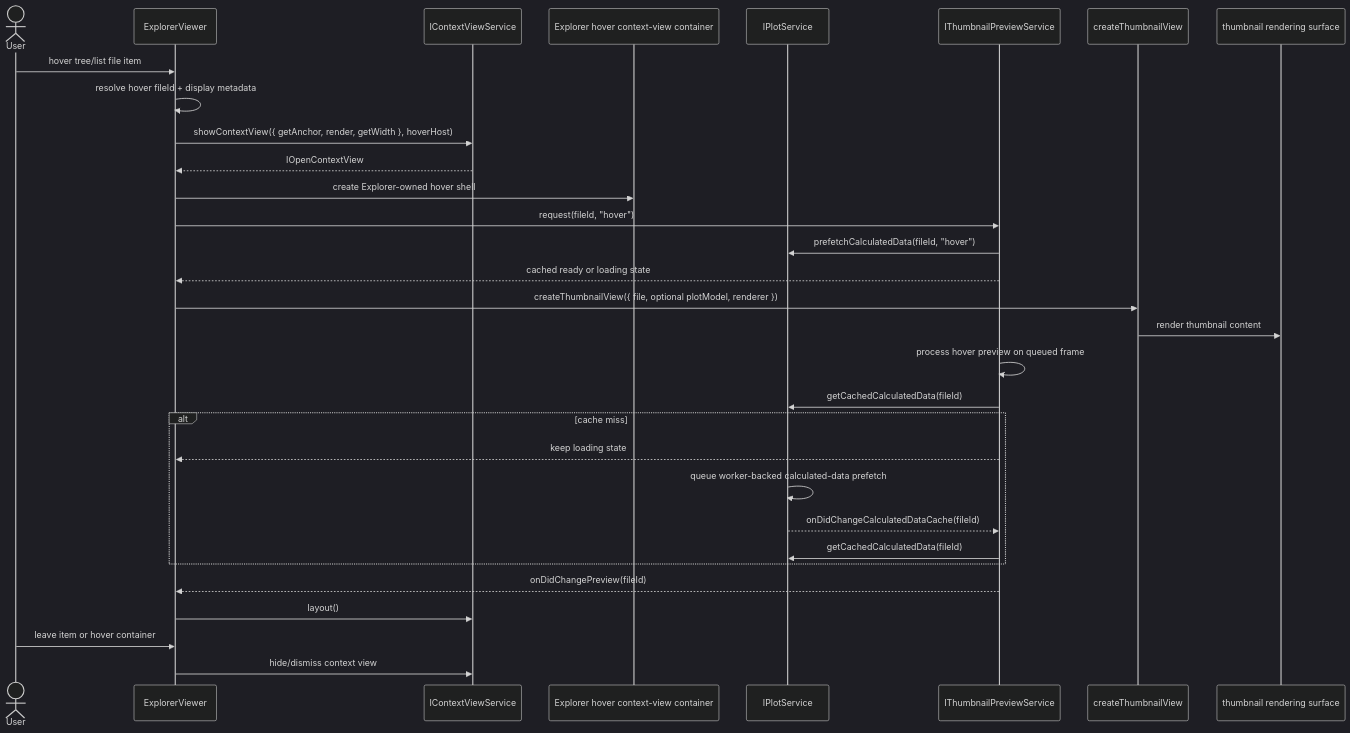
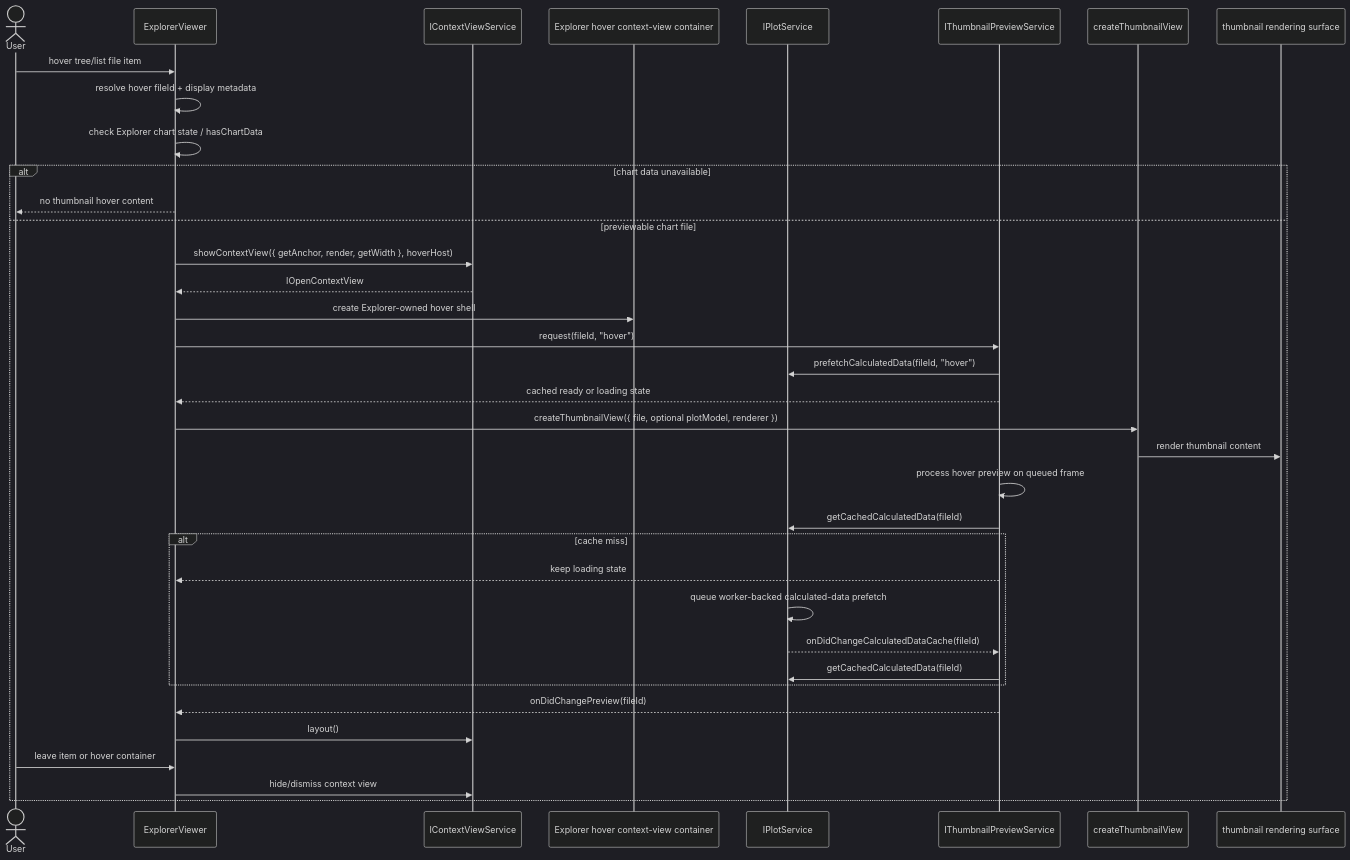
Before and after one commit to chogng/conductor: the sixth of 6 diagrams in .github/instructions/thumbnail.instructions.md, drawn with Mermaid (dark theme). The commit also changed other lines of this file and 14 other files, not shown here.

````diff
--- a/.github/instructions/thumbnail.instructions.md
+++ b/.github/instructions/thumbnail.instructions.md
@@ -211,34 +211,39 @@
 ```mermaid
 sequenceDiagram
     actor User
     participant ExplorerViewer
     participant ContextViewService as IContextViewService
     participant HoverContainer as Explorer hover context-view container
     participant Plot as IPlotService
     participant ThumbnailPreviewService as IThumbnailPreviewService
     participant ThumbnailView as createThumbnailView
     participant ThumbnailRenderer as thumbnail rendering surface
 
     User->>ExplorerViewer: hover tree/list file item
     ExplorerViewer->>ExplorerViewer: resolve hover fileId + display metadata
+    ExplorerViewer->>ExplorerViewer: check Explorer chart state / hasChartData
+    alt chart data unavailable
+        ExplorerViewer-->>User: no thumbnail hover content
+    else previewable chart file
     ExplorerViewer->>ContextViewService: showContextView({ getAnchor, render, getWidth }, hoverHost)
     ContextViewService-->>ExplorerViewer: IOpenContextView
     ExplorerViewer->>HoverContainer: create Explorer-owned hover shell
     ExplorerViewer->>ThumbnailPreviewService: request(fileId, "hover")
     ThumbnailPreviewService->>Plot: prefetchCalculatedData(fileId, "hover")
     ThumbnailPreviewService-->>ExplorerViewer: cached ready or loading state
     ExplorerViewer->>ThumbnailView: createThumbnailView({ file, optional plotModel, renderer })
     ThumbnailView->>ThumbnailRenderer: render thumbnail content
     ThumbnailPreviewService->>ThumbnailPreviewService: process hover preview on queued frame
     ThumbnailPreviewService->>Plot: getCachedCalculatedData(fileId)
     alt cache miss
         ThumbnailPreviewService-->>ExplorerViewer: keep loading state
         Plot->>Plot: queue worker-backed calculated-data prefetch
         Plot-->>ThumbnailPreviewService: onDidChangeCalculatedDataCache(fileId)
         ThumbnailPreviewService->>Plot: getCachedCalculatedData(fileId)
     end
     ThumbnailPreviewService-->>ExplorerViewer: onDidChangePreview(fileId)
     ExplorerViewer->>ContextViewService: layout()
     User->>ExplorerViewer: leave item or hover container
     ExplorerViewer->>ContextViewService: hide/dismiss context view
+    end
 ```
````
